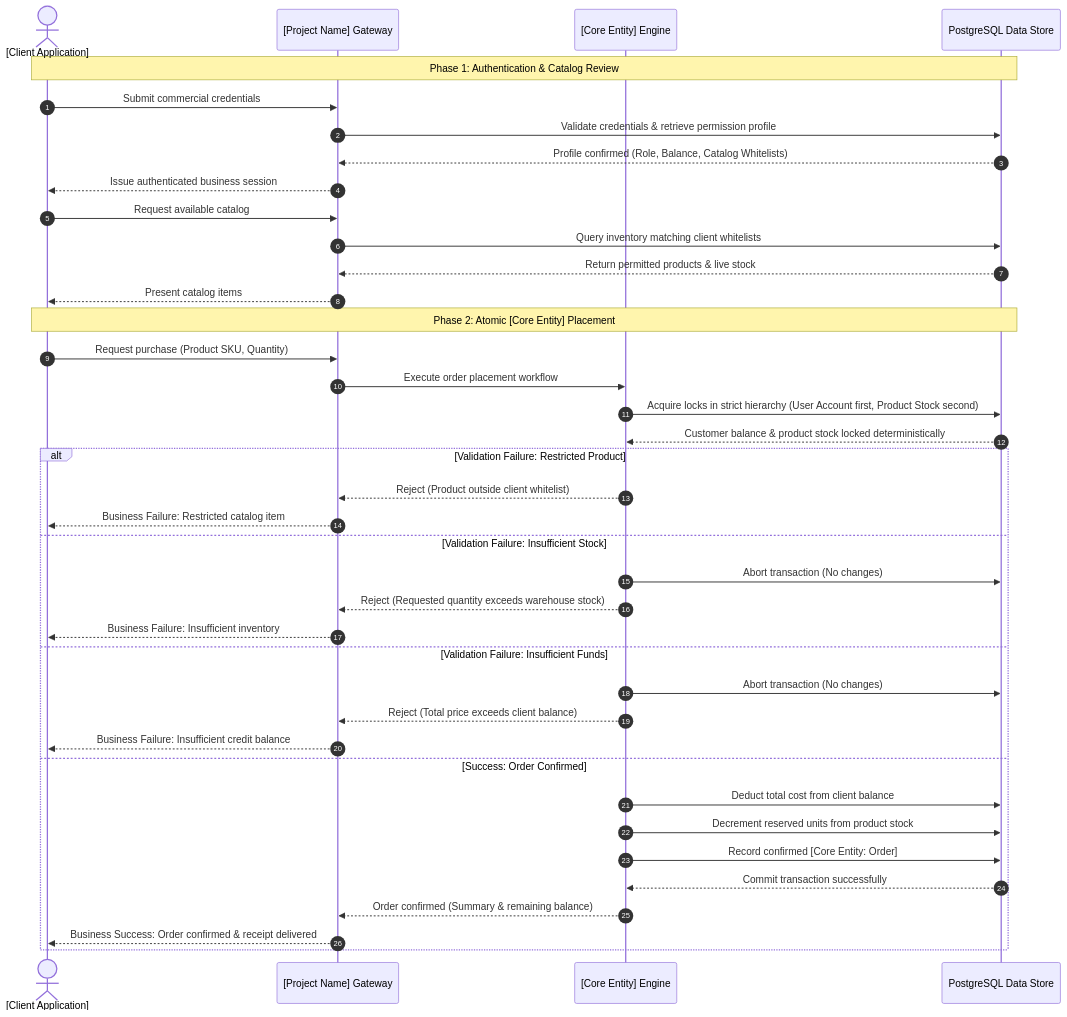
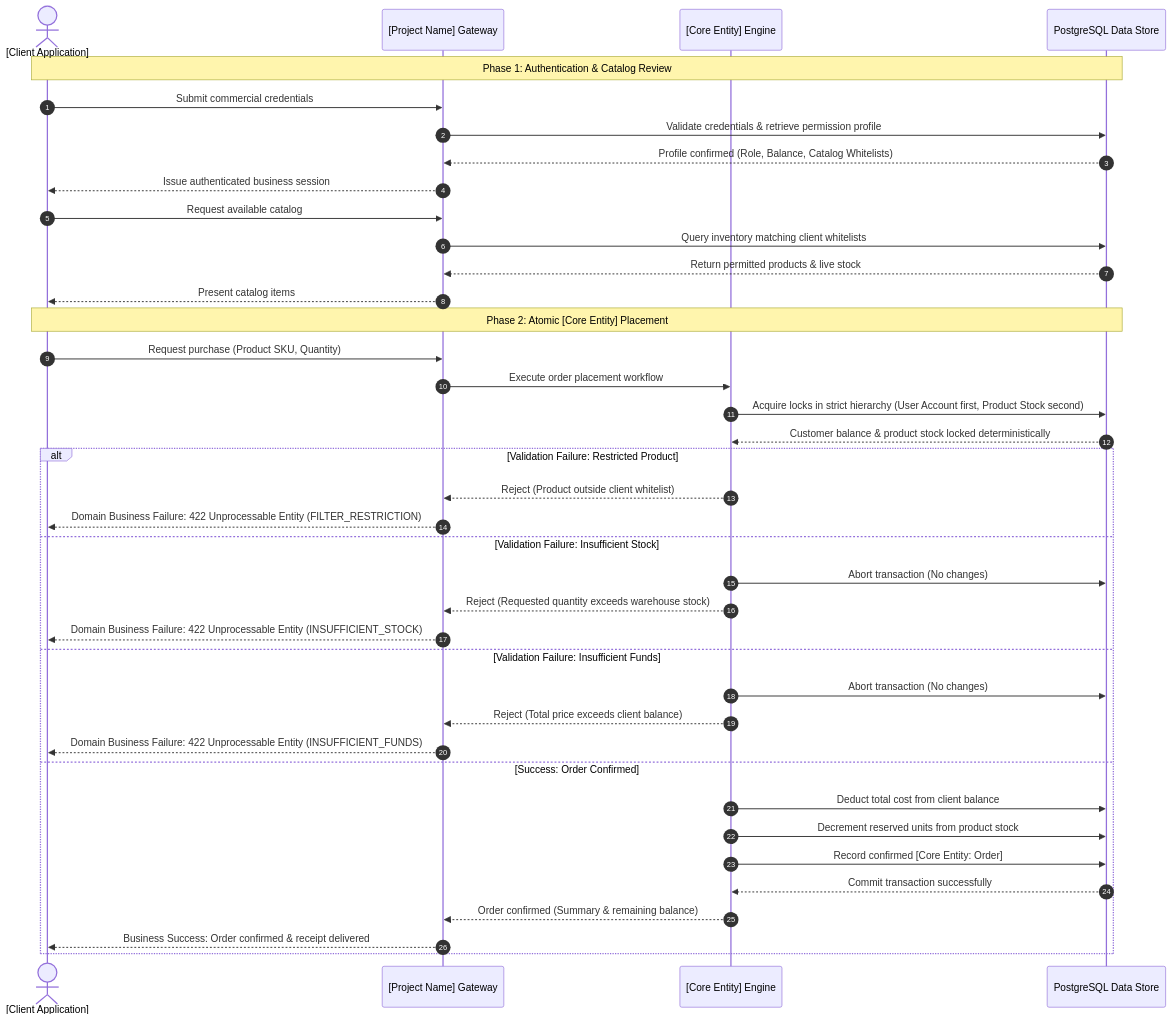
Before and after one commit to altregubov/warehouse-rest-test-app: the third of 4 diagrams in specs/CLIENT_SPEC.md, drawn with Mermaid. The commit also changed 6 other files, not shown here.

First line of the commit message:
refactor: map domain business-rule failures to 422 unprocessable entity with error codes

````diff
--- a/specs/CLIENT_SPEC.md
+++ b/specs/CLIENT_SPEC.md
@@ -165,46 +165,46 @@
 ```mermaid
 sequenceDiagram
     autonumber
     actor Client as [Client Application]
     participant Gateway as [Project Name] Gateway
     participant OrderService as [Core Entity] Engine
     participant DataStore as PostgreSQL Data Store
 
     Note over Client,DataStore: Phase 1: Authentication & Catalog Review
     Client->>Gateway: Submit commercial credentials
     Gateway->>DataStore: Validate credentials & retrieve permission profile
     DataStore-->>Gateway: Profile confirmed (Role, Balance, Catalog Whitelists)
     Gateway-->>Client: Issue authenticated business session
 
     Client->>Gateway: Request available catalog
     Gateway->>DataStore: Query inventory matching client whitelists
     DataStore-->>Gateway: Return permitted products & live stock
     Gateway-->>Client: Present catalog items
 
     Note over Client,DataStore: Phase 2: Atomic [Core Entity] Placement
     Client->>Gateway: Request purchase (Product SKU, Quantity)
     Gateway->>OrderService: Execute order placement workflow
 
     OrderService->>DataStore: Acquire locks in strict hierarchy (User Account first, Product Stock second)
     DataStore-->>OrderService: Customer balance & product stock locked deterministically
 
     alt Validation Failure: Restricted Product
         OrderService-->>Gateway: Reject (Product outside client whitelist)
-        Gateway-->>Client: Business Failure: Restricted catalog item
+        Gateway-->>Client: Domain Business Failure: 422 Unprocessable Entity (FILTER_RESTRICTION)
     else Validation Failure: Insufficient Stock
         OrderService->>DataStore: Abort transaction (No changes)
         OrderService-->>Gateway: Reject (Requested quantity exceeds warehouse stock)
-        Gateway-->>Client: Business Failure: Insufficient inventory
+        Gateway-->>Client: Domain Business Failure: 422 Unprocessable Entity (INSUFFICIENT_STOCK)
     else Validation Failure: Insufficient Funds
         OrderService->>DataStore: Abort transaction (No changes)
         OrderService-->>Gateway: Reject (Total price exceeds client balance)
-        Gateway-->>Client: Business Failure: Insufficient credit balance
+        Gateway-->>Client: Domain Business Failure: 422 Unprocessable Entity (INSUFFICIENT_FUNDS)
     else Success: Order Confirmed
         OrderService->>DataStore: Deduct total cost from client balance
         OrderService->>DataStore: Decrement reserved units from product stock
         OrderService->>DataStore: Record confirmed [Core Entity: Order]
         DataStore-->>OrderService: Commit transaction successfully
         OrderService-->>Gateway: Order confirmed (Summary & remaining balance)
         Gateway-->>Client: Business Success: Order confirmed & receipt delivered
     end
 ```
````
